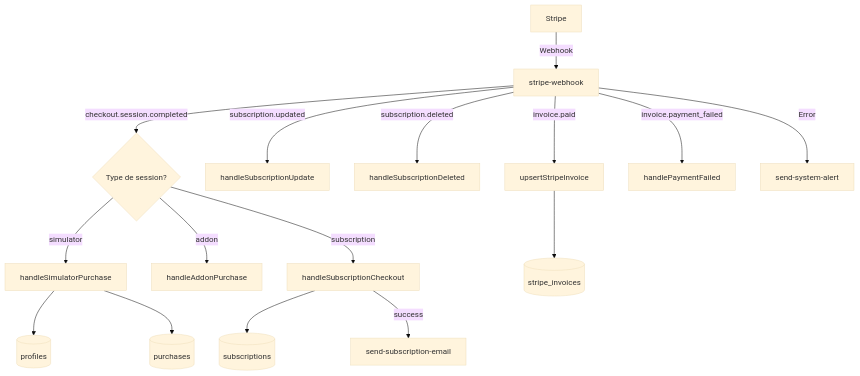
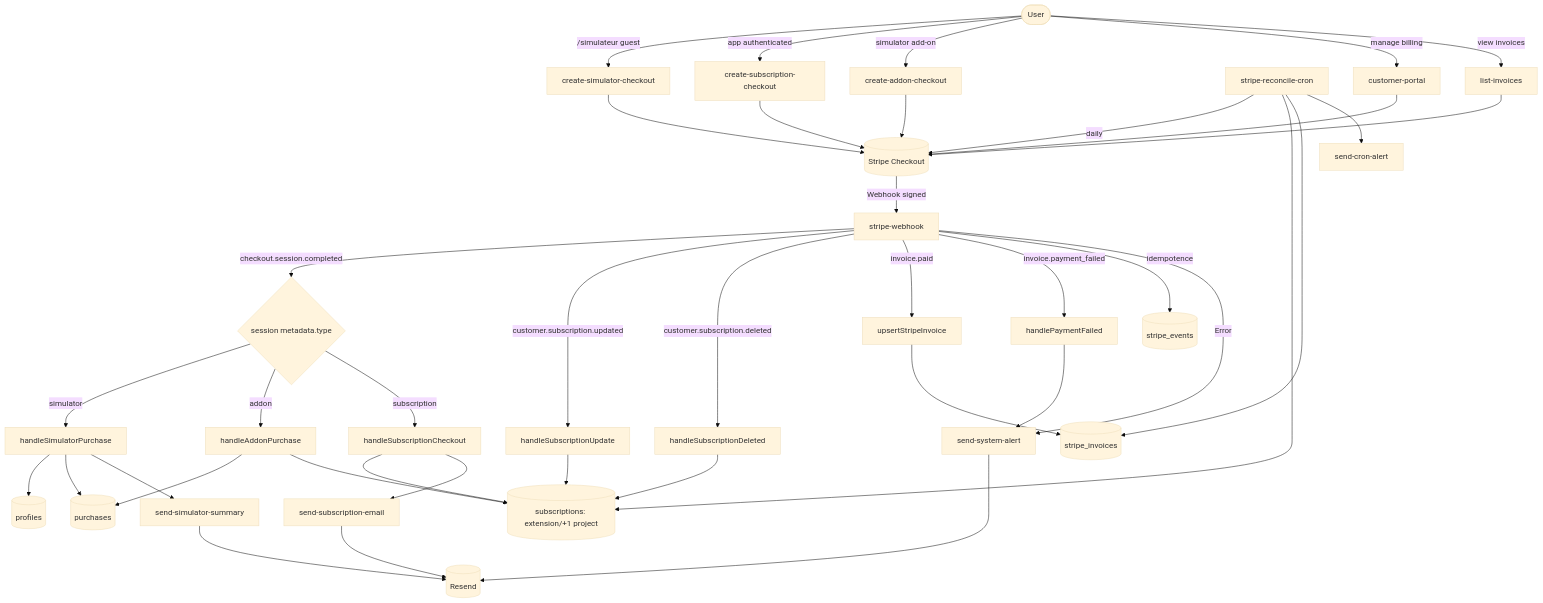
Before and after one commit to Lavcom-Performances/lavcom-performances: the diagram in docs/edge-functions-stripe-flow.mermaid, drawn with Mermaid. The commit also changed 2 other files, not shown here.

```diff
--- a/docs/edge-functions-stripe-flow.mermaid
+++ b/docs/edge-functions-stripe-flow.mermaid
@@ -1,22 +1,56 @@
 %%{init: {'theme': 'base'}}%%
 flowchart TD
-    STRIPE[Stripe] -->|Webhook| WH[stripe-webhook]
-    WH -->|checkout.session.completed| CS{Type de session?}
-    CS -->|simulator| SIM[handleSimulatorPurchase]
-    CS -->|addon| ADDON[handleAddonPurchase]
-    CS -->|subscription| SUB[handleSubscriptionCheckout]
-    
-    WH -->|subscription.updated| UPDATE[handleSubscriptionUpdate]
-    WH -->|subscription.deleted| DELETE[handleSubscriptionDeleted]
+    USER([User]) -->|/simulateur guest| CREATE_SIM_CO[create-simulator-checkout]
+    USER -->|app authenticated| CREATE_SUB[create-subscription-checkout]
+    USER -->|simulator add-on| CREATE_ADDON[create-addon-checkout]
+
+    CREATE_SIM_CO --> STRIPE[(Stripe Checkout)]
+    CREATE_SUB --> STRIPE
+    CREATE_ADDON --> STRIPE
+
+    STRIPE -->|Webhook signed| WH[stripe-webhook]
+
+    WH -->|checkout.session.completed| TYPE{session metadata.type}
+    TYPE -->|simulator| SIM[handleSimulatorPurchase]
+    TYPE -->|addon| ADDON[handleAddonPurchase]
+    TYPE -->|subscription| SUB[handleSubscriptionCheckout]
+
+    WH -->|customer.subscription.updated| UPDATE[handleSubscriptionUpdate]
+    WH -->|customer.subscription.deleted| DELETE[handleSubscriptionDeleted]
     WH -->|invoice.paid| INV[upsertStripeInvoice]
     WH -->|invoice.payment_failed| FAIL[handlePaymentFailed]
-    
+
     SIM --> PROFILES[(profiles)]
     SIM --> PURCHASES[(purchases)]
-    
-    SUB --> SUBSCRIPTIONS[(subscriptions)]
-    SUB -->|success| EMAIL[send-subscription-email]
-    
+    SIM --> SEND_SIM_SUM[send-simulator-summary]
+
+    ADDON --> PURCHASES
+    ADDON --> SUBSCRIPTIONS[(subscriptions: extension/+1 project)]
+
+    SUB --> SUBSCRIPTIONS
+    SUB --> SEND_SUB_EMAIL[send-subscription-email]
+
+    UPDATE --> SUBSCRIPTIONS
+    DELETE --> SUBSCRIPTIONS
+
     INV --> STRIPE_INV[(stripe_invoices)]
-    
-    WH -->|Error| ALERT[send-system-alert]
+    FAIL --> SEND_SYS_AL[send-system-alert]
+
+    WH -->|idempotence| STRIPE_EVT[(stripe_events)]
+    WH -->|Error| SEND_SYS_AL
+
+    SEND_SUB_EMAIL --> RESEND[(Resend)]
+    SEND_SIM_SUM --> RESEND
+    SEND_SYS_AL --> RESEND
+
+    %% Reconciliation
+    CRON[stripe-reconcile-cron] -->|daily| STRIPE
+    CRON --> SUBSCRIPTIONS
+    CRON --> STRIPE_INV
+    CRON --> SEND_CRON_AL[send-cron-alert]
+
+    %% Customer self-service
+    USER -->|manage billing| PORTAL[customer-portal]
+    PORTAL --> STRIPE
+    USER -->|view invoices| LIST_INV[list-invoices]
+    LIST_INV --> STRIPE
```
